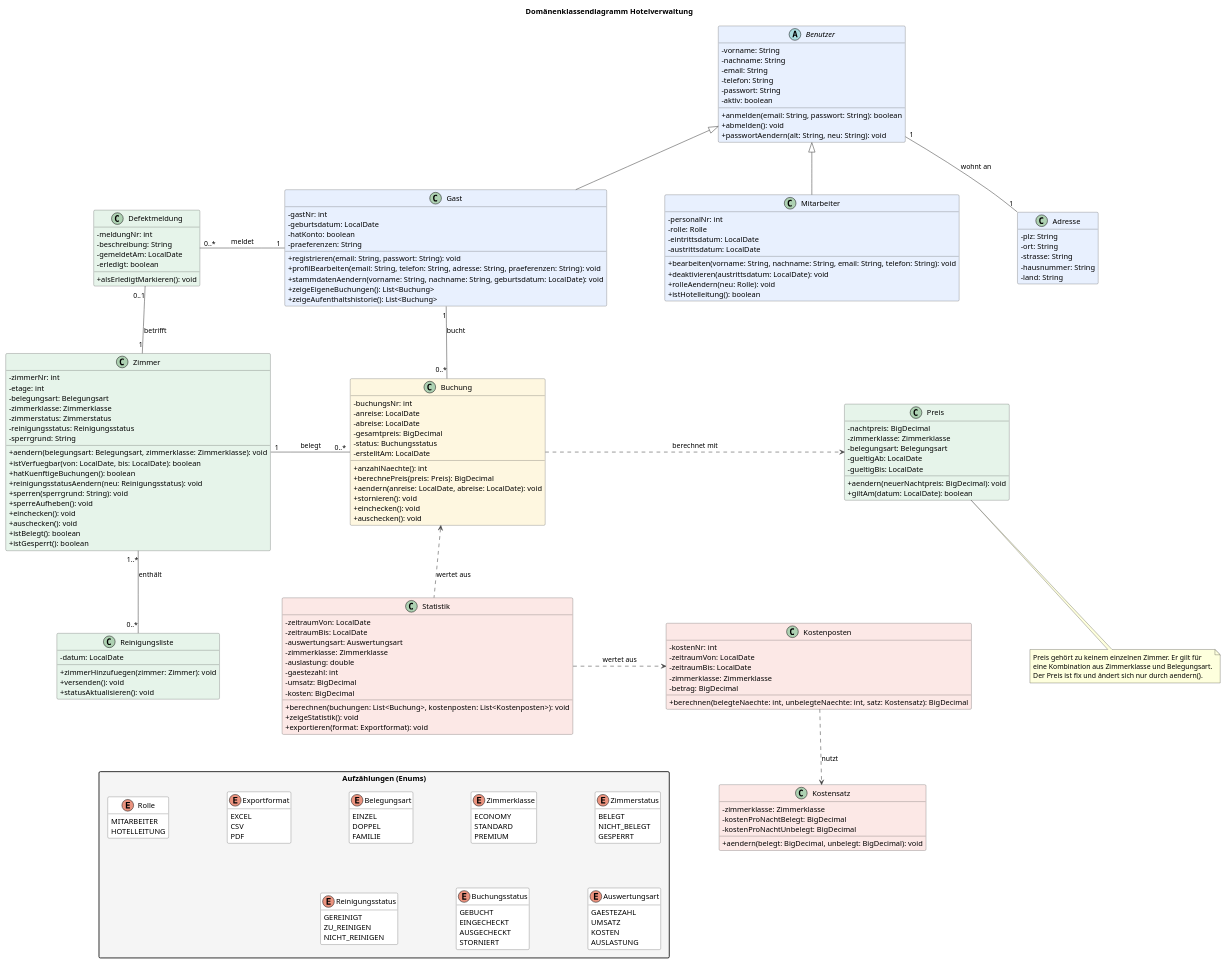
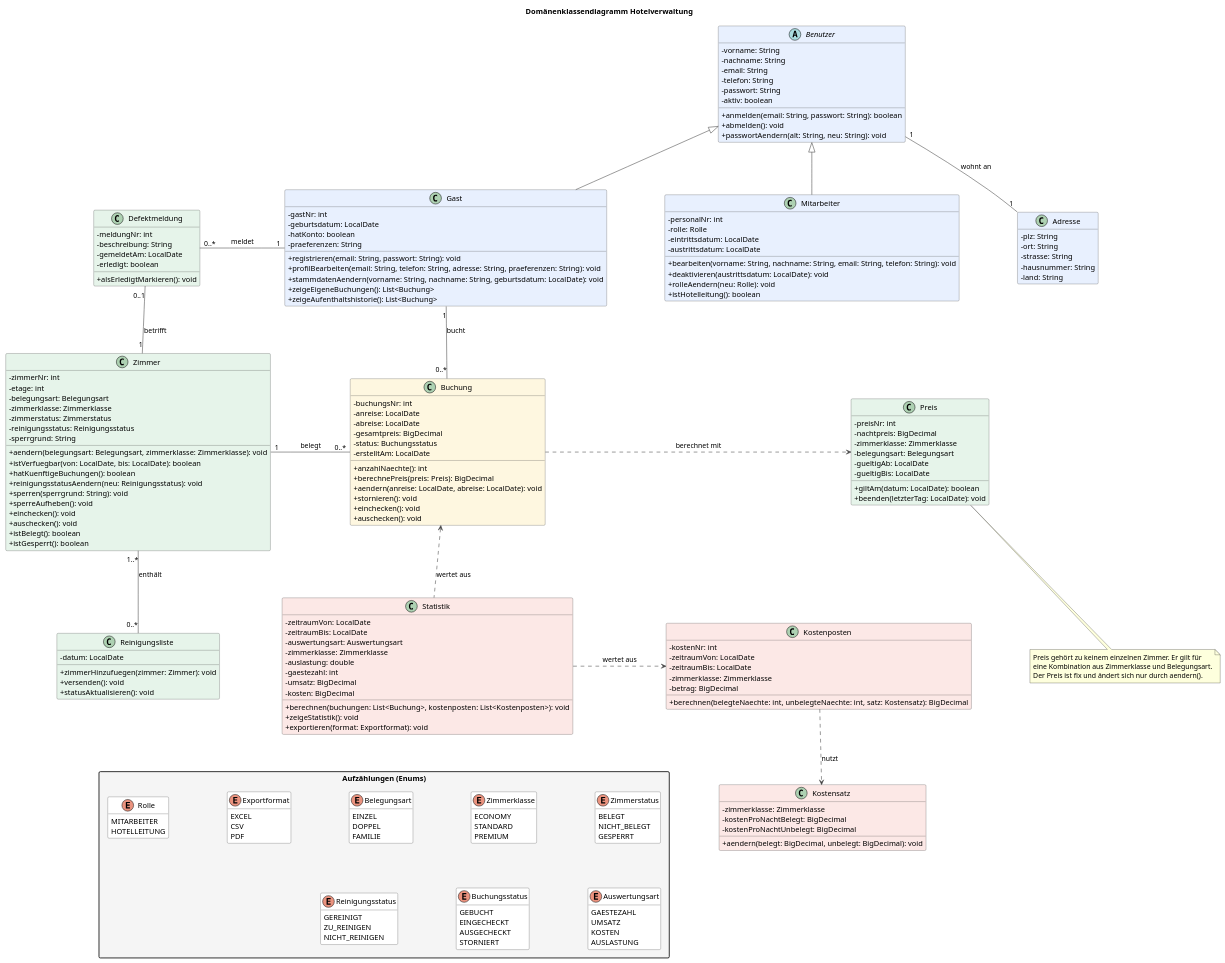
The diagram in UML-Diagramme/Klassendiagramme/DomänenKlassendiagram.puml (SoftwareProject-Hotel-Kuester/Software-Project-Hotel), drawn with PlantUML before and after one commit. The commit also changed 11 other files, not shown here.

```diff
--- a/UML-Diagramme/Klassendiagramme/DomänenKlassendiagram.puml
+++ b/UML-Diagramme/Klassendiagramme/DomänenKlassendiagram.puml
@@ -79,13 +79,14 @@
 }
 
 class Preis #E6F4EA {
+    - preisNr: int
     - nachtpreis: BigDecimal
     - zimmerklasse: Zimmerklasse
     - belegungsart: Belegungsart
     - gueltigAb: LocalDate
     - gueltigBis: LocalDate
-    + aendern(neuerNachtpreis: BigDecimal): void
     + giltAm(datum: LocalDate): boolean
+    + beenden(letzterTag: LocalDate): void
 }
 
 class Defektmeldung #E6F4EA {
```
